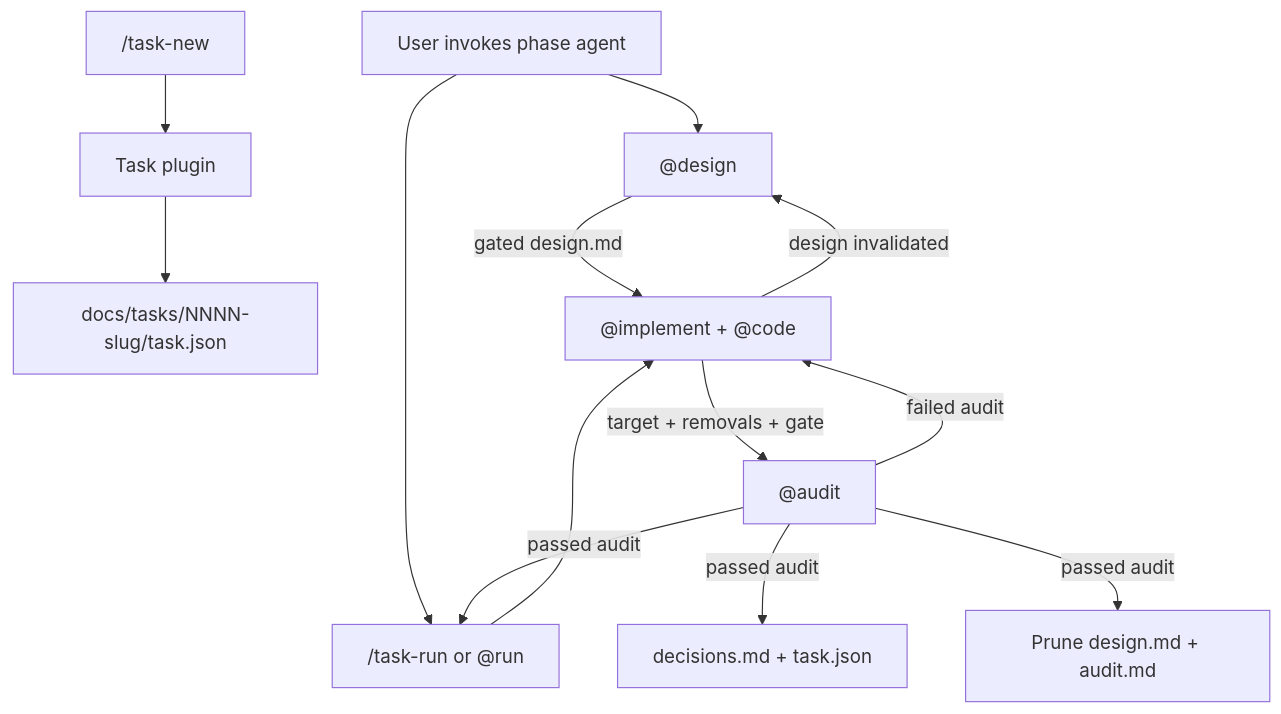
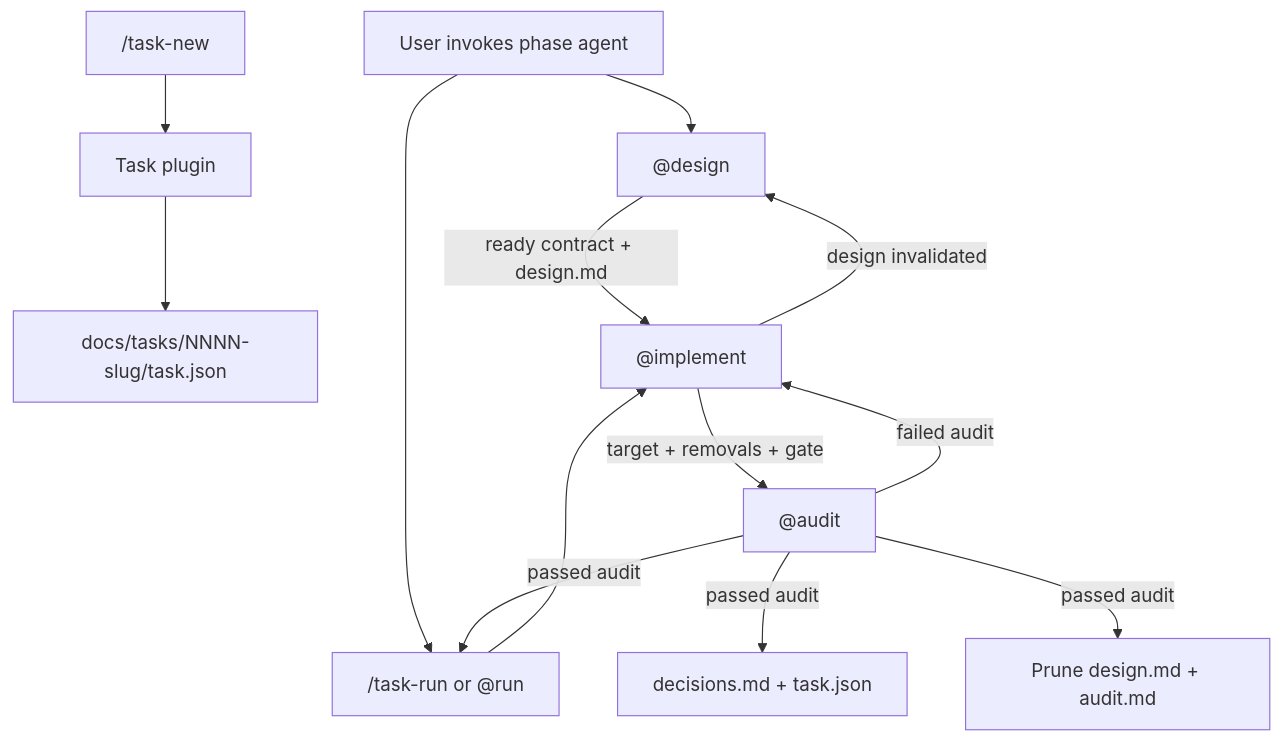
Before and after one commit to gdurandvadas/dotfiles: the diagram in apps/opencode/README.md, drawn with Mermaid. The commit also changed other lines of this file and 20 other files, not shown here.

````diff
--- a/apps/opencode/README.md
+++ b/apps/opencode/README.md
@@ -26,15 +28,15 @@
 ```mermaid
 flowchart TD
   start["/task-new"] --> plugin["Task plugin"]
   plugin --> folder["docs/tasks/NNNN-slug/task.json"]
   user["User invokes phase agent"] --> design["@design"]
   user --> run["/task-run or @run"]
-  design -->|"gated design.md"| implement["@implement + @code"]
+  design -->|"ready contract + design.md"| implement["@implement"]
   run --> implement
   implement -->|"target + removals + gate"| audit["@audit"]
   audit -->|"failed audit"| implement
   audit -->|"passed audit"| run
   implement -->|"design invalidated"| design
   audit -->|"passed audit"| decisions["decisions.md + task.json"]
   audit -->|"passed audit"| prune["Prune design.md + audit.md"]
 ```
````
